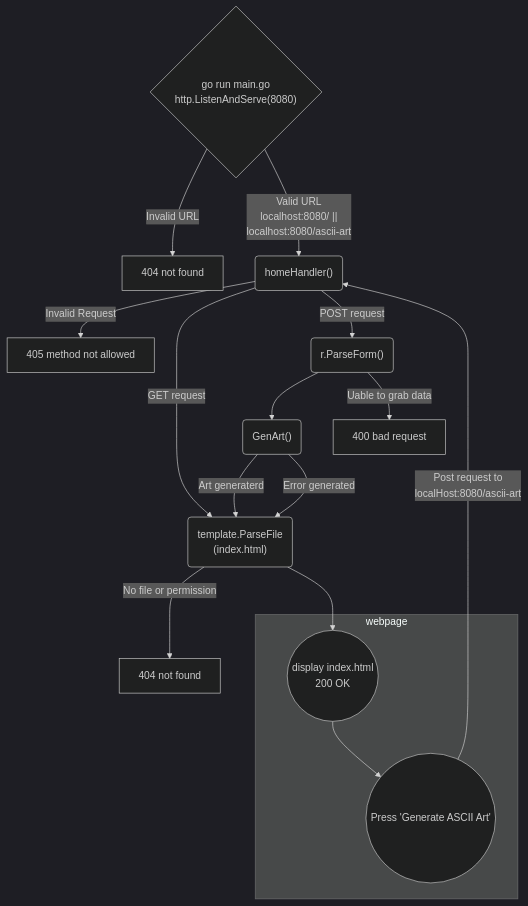
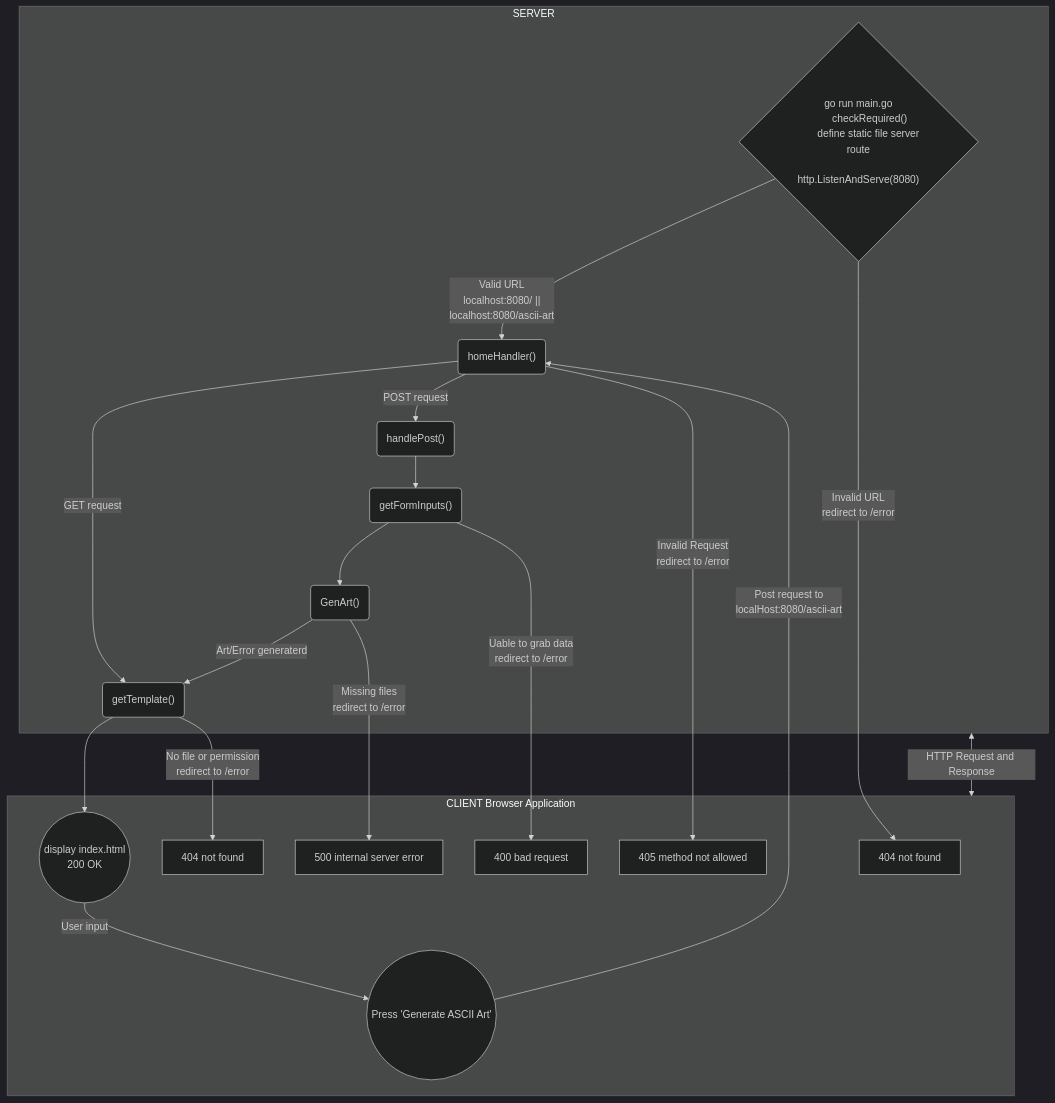
One commit to OthmaneAfilali/ascii-art-web-Refactor changed the diagram in README.md. Above: the diagram before and after it, drawn with Mermaid (dark theme). The commit also changed other lines of this file and 5 other files, not shown here.

````diff
--- a/README.md
+++ b/README.md
@@ -21,47 +21,59 @@
 ```mermaid
-flowchart
-    start{"go run main.go
-    http.ListenAndServe(8080)"}
-    invalidURL["404 not found"]
+flowchart TB
+    subgraph server [SERVER]
+        start{"go run main.go
+        checkRequired()
+        define static file server route
+        http.ListenAndServe(8080)"}
+        homeFn("homeHandler()")
+        rForm("getFormInputs()")
+        genArt("GenArt()")
+        template("getTemplate()")
+        handlePost("handlePost()")
+    end
 
-    homeFn("homeHandler()")
-    inValidRq["405 method not allowed"]
-    template("template.ParseFile
-    (index.html)")
-    tempErr["404 not found "]
+    subgraph client [CLIENT Browser Application]
+        invalidURL["404 not found"]
+        inValidRq["405 method not allowed"]
+        tempErr["404 not found "]
+        rFormErr["400 bad request"]
+        missing["500 internal server error"]
+        index(("display index.html
+        200 OK"))
+        pressBtn((Press 'Generate ASCII Art'))
+    end
 
-    index(("display index.html
-    200 OK"))
-    pressBtn((Press 'Generate ASCII Art'))
-
-    rForm("r.ParseForm()")
-    rFormErr["400 bad request"]
-    genArt("GenArt()")
-
-    start--Invalid URL-->invalidURL;
+    server<-->|HTTP Request and Response| client;
+   
     start--
     Valid URL
     localhost:8080/ || 
     localhost:8080/ascii-art
     -->homeFn;
+    start--Invalid URL
+    redirect to /error-->invalidURL;
+    
+    homeFn--GET request-->
+    template-->
+    index--User input-->
+    pressBtn;
+    
+    homeFn--POST request-->handlePost-->
+    rForm-->
+    genArt--Art/Error generaterd-->
+    template;
 
-    homeFn--Invalid Request-->inValidRq;
-    homeFn--GET request-->template;
-    homeFn--POST request-->rForm;
-    template--No file or permission-->tempErr;
-    template-->index;
-    
     pressBtn--
     Post request to
     localHost:8080/ascii-art
     -->homeFn;
     
-    rForm-->genArt;
-    rForm--Uable to grab data-->rFormErr;
-    genArt--Art generaterd-->template;
-    genArt--Error generated-->template;
-
-    subgraph webpage
-    index-->pressBtn;
-    end
+    homeFn--Invalid Request
+    redirect to /error-->inValidRq;
+    rForm--Uable to grab data
+    redirect to /error-->rFormErr;
+    genArt--Missing files
+    redirect to /error-->missing;
+    template--No file or permission
+    redirect to /error-->tempErr;
 ```
````
